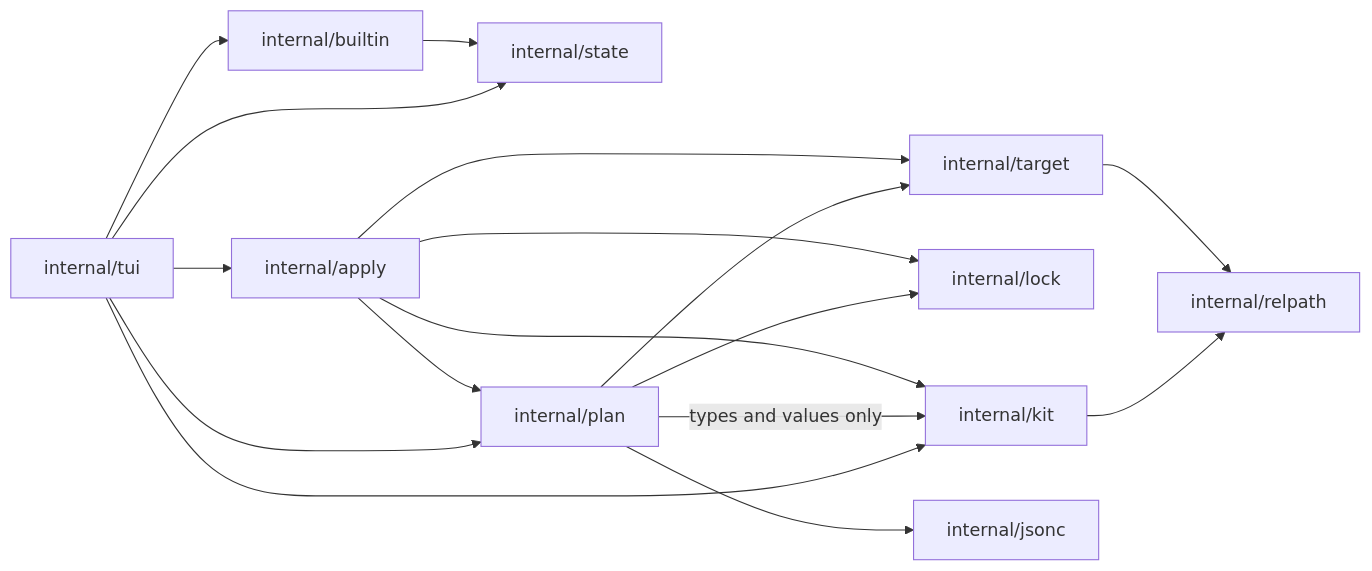
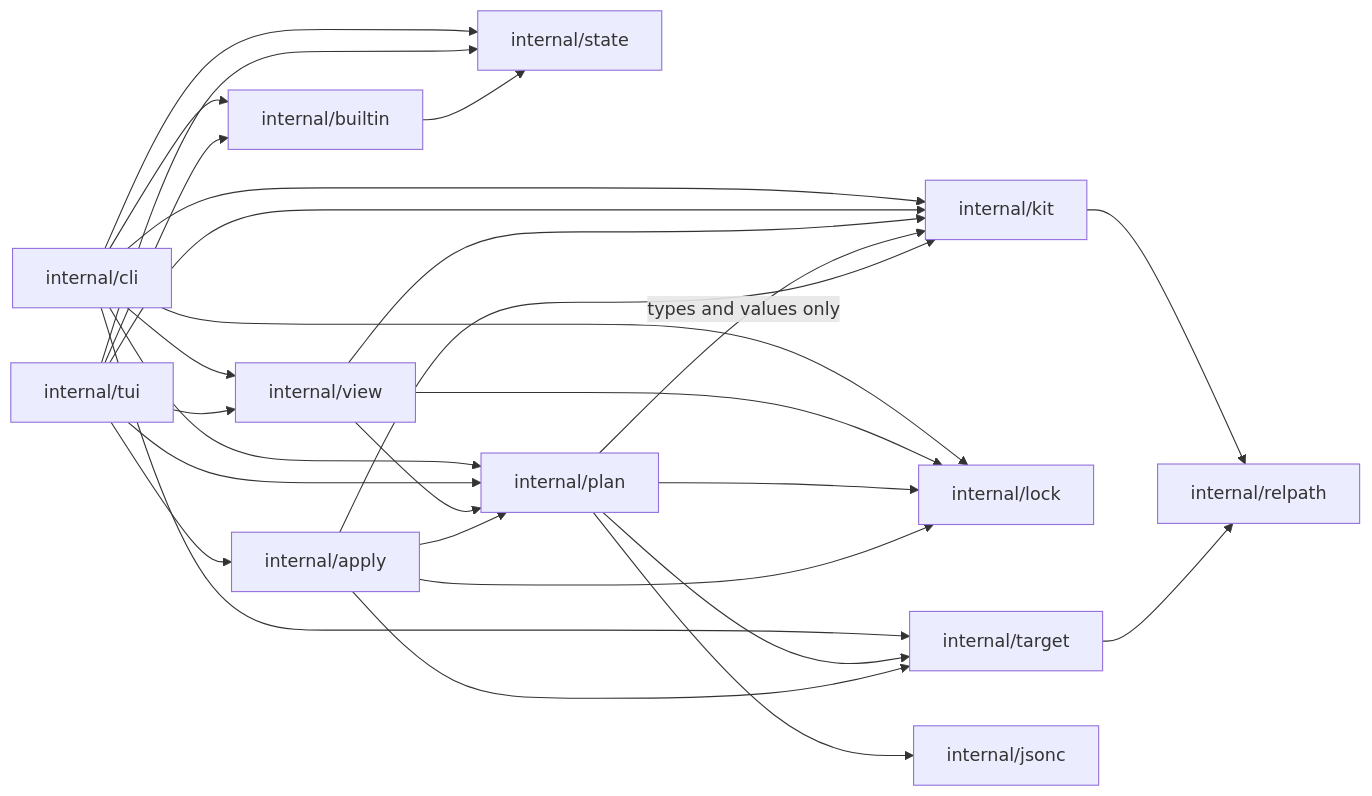
One commit to dpleshakov/penates changed the diagram in docs/architecture.md. Above: the diagram before and after it, drawn with Mermaid. The commit also changed other lines of this file and 35 other files, not shown here.

````diff
--- a/docs/architecture.md
+++ b/docs/architecture.md
@@ -92,19 +94,30 @@
 ```mermaid
 flowchart LR
-    TUI["internal/tui"] --> KIT["internal/kit"]
-    TUI --> ST["internal/state"]
-    TUI --> PL["internal/plan"]
+    CLI["internal/cli"] --> VIEW["internal/view"]
+    CLI --> ST["internal/state"]
+    CLI --> BI["internal/builtin"]
+    CLI --> KIT["internal/kit"]
+    CLI --> LK["internal/lock"]
+    CLI --> TG["internal/target"]
+    CLI --> PL["internal/plan"]
+    TUI["internal/tui"] --> VIEW
+    TUI --> KIT["internal/kit"]
+    TUI --> ST
+    TUI --> PL
     TUI --> AP["internal/apply"]
-    TUI --> BI["internal/builtin"]
-    BI["internal/builtin"] --> ST
+    TUI --> BI
+    BI --> ST
+    VIEW --> KIT
+    VIEW --> LK
+    VIEW --> PL
     PL -- types and values only --> KIT
-    PL --> LK["internal/lock"]
-    PL --> TG["internal/target"]
+    PL --> LK
+    PL --> TG
     PL --> JC["internal/jsonc"]
     AP --> PL
     AP --> LK
     AP --> TG
     AP --> KIT
     KIT --> RP["internal/relpath"]
     TG --> RP
 ```
````
